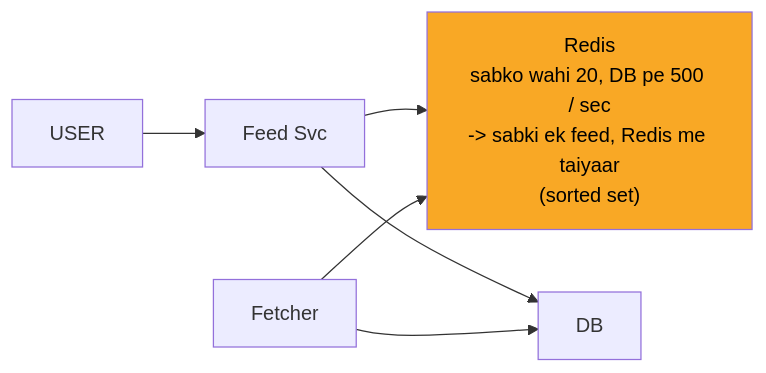
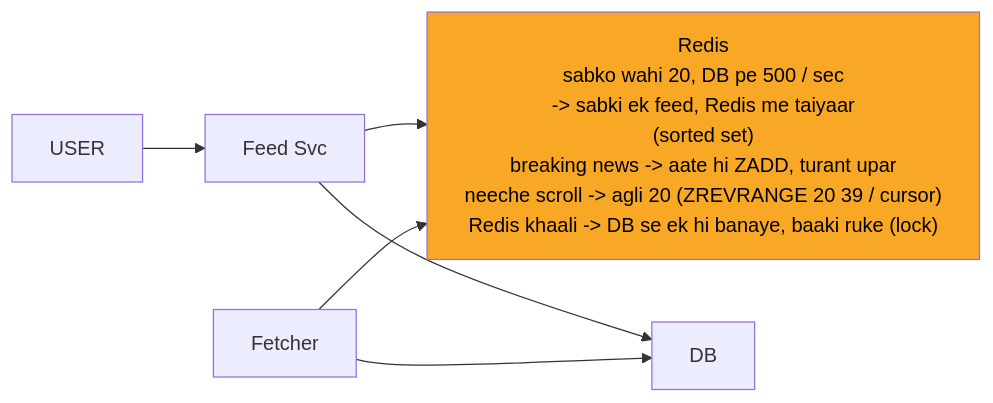
One commit to ArpanMaheshwari144/Prep changed the second of 11 diagrams in 04_HLD/SYSTEM_DESIGNS/08_news_aggregator/08_news_aggregator_INTERVIEW.md. Above: the diagram before and after it, drawn with Mermaid. The commit also changed other lines of this file and 12 other files, not shown here.

Commit message:
hld 02-14: peele dabbe me SAFAR ke mod + diagram chauda (wrappingWidth 450)

````diff
--- a/04_HLD/SYSTEM_DESIGNS/08_news_aggregator/08_news_aggregator_INTERVIEW.md
+++ b/04_HLD/SYSTEM_DESIGNS/08_news_aggregator/08_news_aggregator_INTERVIEW.md
@@ -84,14 +85,15 @@
 ```mermaid
+%%{init: {"flowchart": {"wrappingWidth": 450}}}%%
 flowchart LR
     n_USER["USER"]
     n_Feed_Svc["Feed Svc"]
-    n_Redis["Redis<br/>sabko wahi 20, DB pe 500 / sec<br/>-> sabki ek feed, Redis me taiyaar<br/>(sorted set)"]
+    n_Redis["Redis<br/>sabko wahi 20, DB pe 500 / sec<br/>-> sabki ek feed, Redis me taiyaar<br/>(sorted set)<br/>breaking news -> aate hi ZADD, turant upar<br/>neeche scroll -> agli 20 (ZREVRANGE 20 39 / cursor)<br/>Redis khaali -> DB se ek hi banaye, baaki ruke (lock)"]
     n_DB["DB"]
     n_Fetcher["Fetcher"]
     n_USER --> n_Feed_Svc
     n_Feed_Svc --> n_Redis
     n_Feed_Svc --> n_DB
     n_Fetcher --> n_DB
     n_Fetcher --> n_Redis
     style n_Redis fill:#f9a825,color:#000
 ```
````
